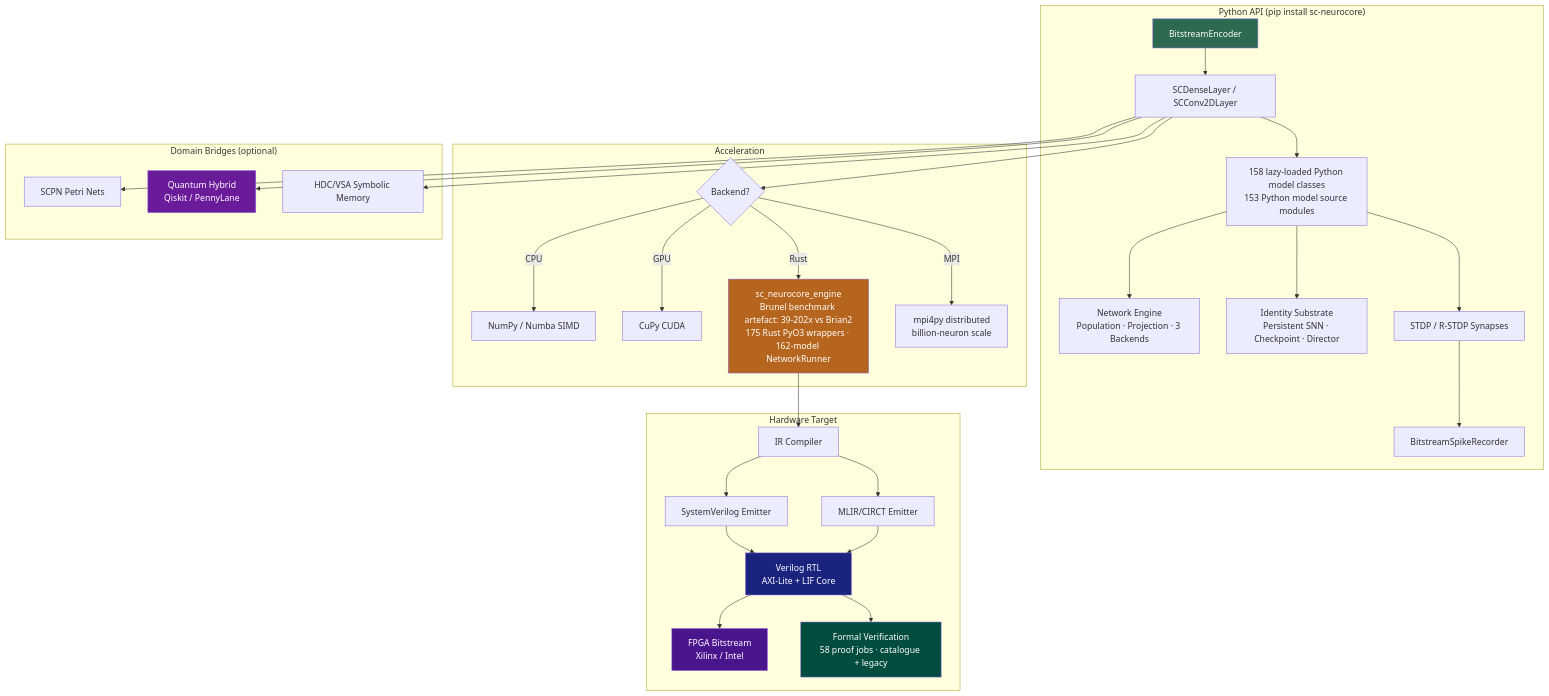
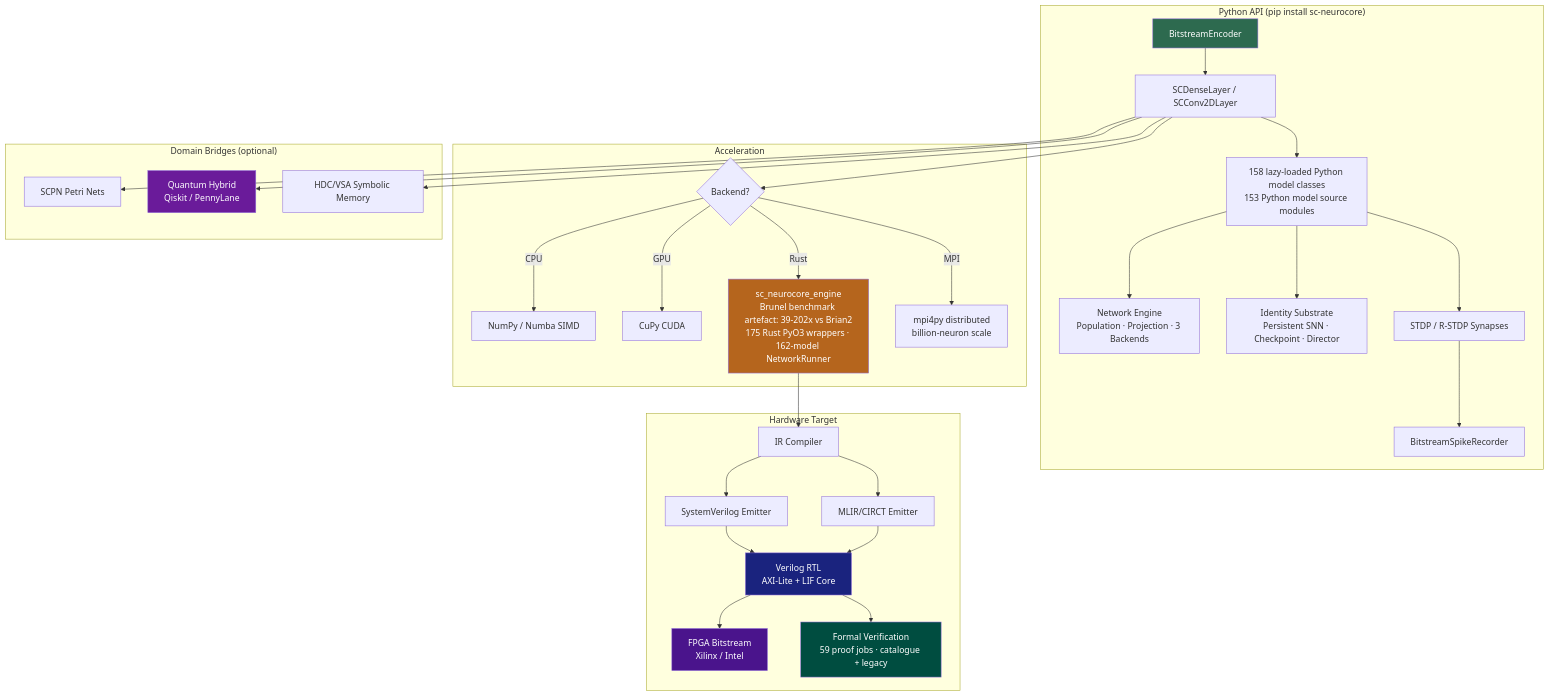
Before and after one commit to anulum/sc-neurocore: the diagram in README.md, drawn with Mermaid. The commit also changed other lines of this file and 52 other files, not shown here.

````diff
--- a/README.md
+++ b/README.md
@@ -365,42 +365,42 @@
 ```mermaid
 graph TD
     subgraph "Python API (pip install sc-neurocore)"
         A[BitstreamEncoder] --> B[SCDenseLayer / SCConv2DLayer]
         B --> C[158 lazy-loaded Python model classes<br/>153 Python model source modules]
         C --> NET[Network Engine<br/>Population · Projection · 3 Backends]
         C --> ID[Identity Substrate<br/>Persistent SNN · Checkpoint · Director]
         C --> D[STDP / R-STDP Synapses]
         D --> E[BitstreamSpikeRecorder]
     end
 
     subgraph "Acceleration"
         B --> F{Backend?}
         F -->|CPU| G[NumPy / Numba SIMD]
         F -->|GPU| H[CuPy CUDA]
         F -->|Rust| I[sc_neurocore_engine<br/>Brunel benchmark artefact: 39-202x vs Brian2<br/>175 Rust PyO3 wrappers · 162-model NetworkRunner]
         F -->|MPI| MPI[mpi4py distributed<br/>billion-neuron scale]
     end
 
     subgraph "Hardware Target"
         I --> J[IR Compiler]
         J --> K[SystemVerilog Emitter]
         J --> K2[MLIR/CIRCT Emitter]
         K --> L[Verilog RTL<br/>AXI-Lite + LIF Core]
         K2 --> L
         L --> M[FPGA Bitstream<br/>Xilinx / Intel]
-        L --> V[Formal Verification<br/>58 proof jobs · catalogue + legacy]
+        L --> V[Formal Verification<br/>59 proof jobs · catalogue + legacy]
     end
 
     subgraph "Domain Bridges (optional)"
         B --> N[SCPN Petri Nets]
         B --> O[Quantum Hybrid<br/>Qiskit / PennyLane]
         B --> P[HDC/VSA Symbolic Memory]
     end
 
     style A fill:#2d6a4f,color:#fff
     style I fill:#b5651d,color:#fff
     style L fill:#1a237e,color:#fff
     style M fill:#4a148c,color:#fff
     style O fill:#6a1b9a,color:#fff
     style V fill:#004d40,color:#fff
 ```
````
